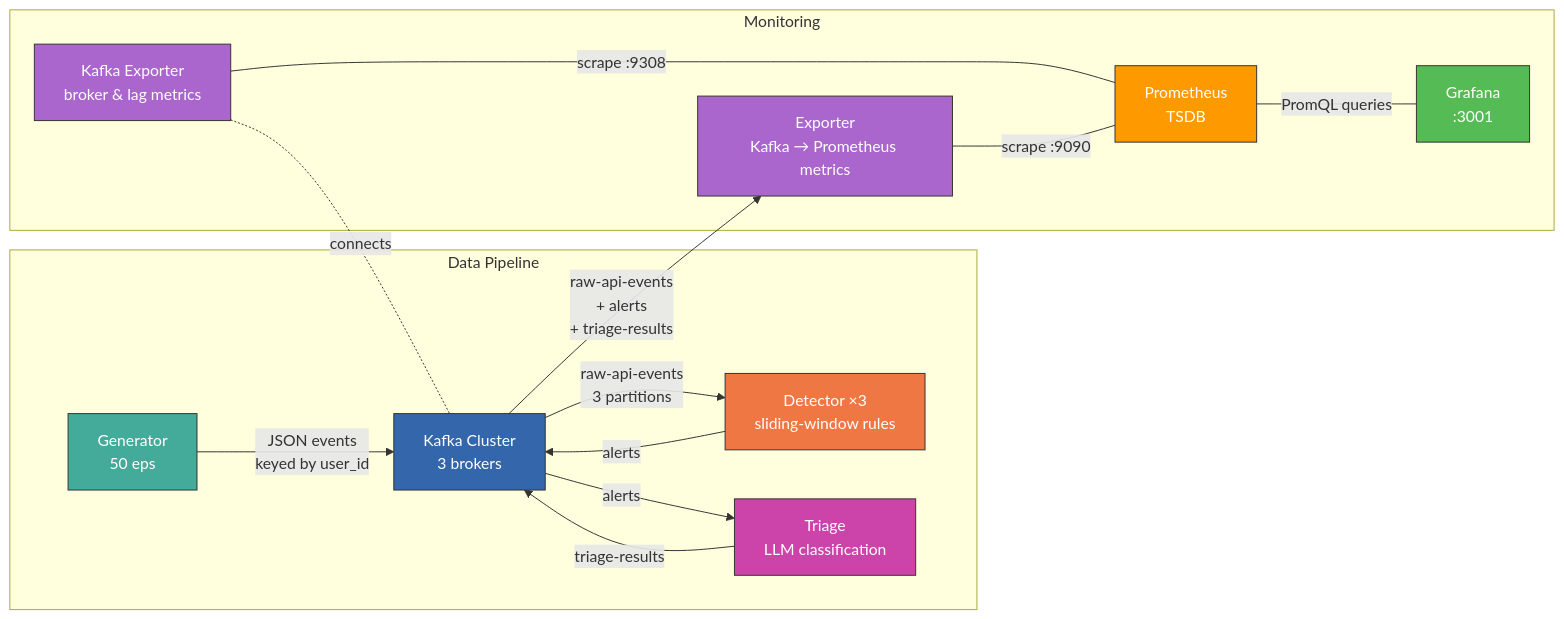
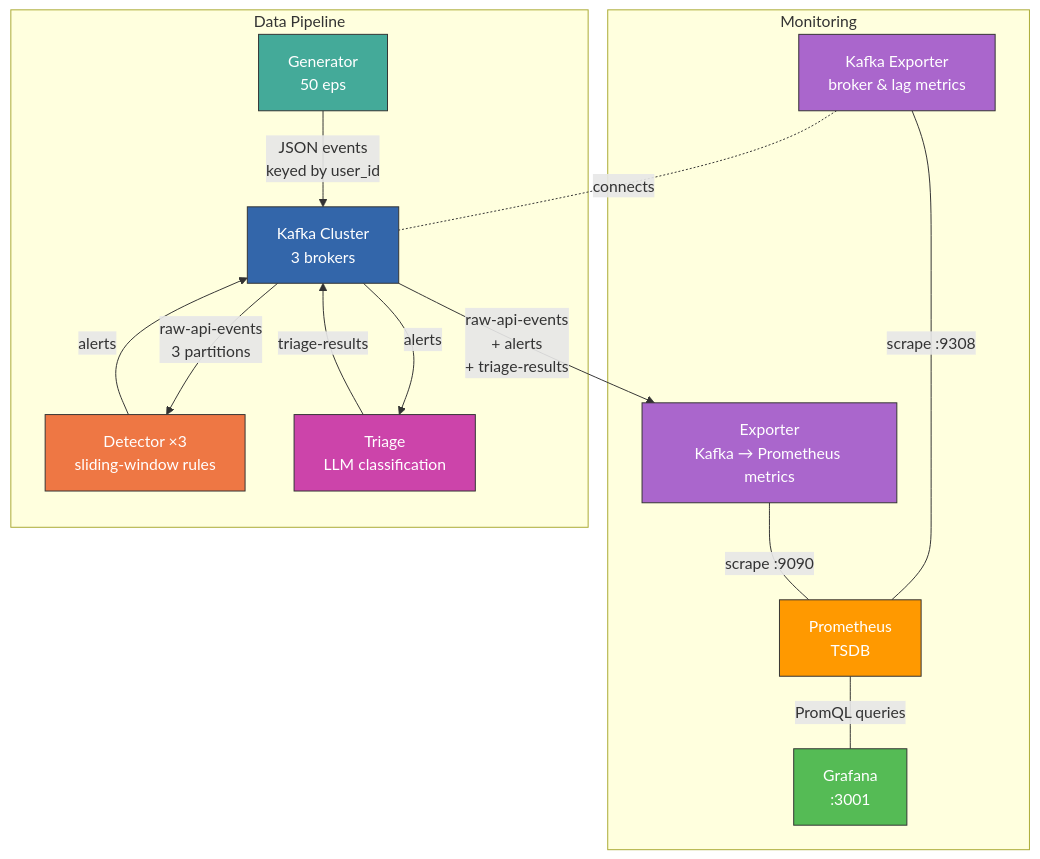
One commit to khan5v/dr_platform changed the diagram in README.md. Above: the diagram before and after it, drawn with Mermaid. The commit also changed other lines of this file, not shown here.

````diff
--- a/README.md
+++ b/README.md
@@ -9,28 +44,29 @@
 ```mermaid
-flowchart LR
+flowchart TD
+    subgraph Monitoring
+        E["Exporter<br>Kafka → Prometheus metrics"]
+        KE["Kafka Exporter<br>broker & lag metrics"] ---|scrape :9308| P["Prometheus<br>TSDB"]
+        E ---|scrape :9090| P
+        P ---|PromQL queries| GF["Grafana<br>:3001"]
+    end
+
     subgraph Data Pipeline
         G["Generator<br>50 eps"] -->|JSON events<br>keyed by user_id| K["Kafka Cluster<br>3 brokers"]
         K -->|raw-api-events<br>3 partitions| D["Detector ×3<br>sliding-window rules"]
         D -->|alerts| K
         K -->|alerts| T["Triage<br>LLM classification"]
         T -->|triage-results| K
     end
 
-    subgraph Monitoring
-        K -->|raw-api-events<br>+ alerts<br>+ triage-results| E["Exporter<br>Kafka → Prometheus metrics"]
-        KE["Kafka Exporter<br>broker & lag metrics"] ---|scrape :9308| P["Prometheus<br>TSDB"]
-        E ---|scrape :9090| P
-        P ---|PromQL queries| GF["Grafana<br>:3001"]
-    end
-
+    K -->|raw-api-events<br>+ alerts<br>+ triage-results| E
     KE -.-|connects| K
 
     style G fill:#4a9,stroke:#333,color:#fff
     style D fill:#e74,stroke:#333,color:#fff
     style K fill:#36a,stroke:#333,color:#fff
     style T fill:#c4a,stroke:#333,color:#fff
     style E fill:#a6c,stroke:#333,color:#fff
     style P fill:#f90,stroke:#333,color:#fff
     style GF fill:#5b5,stroke:#333,color:#fff
     style KE fill:#a6c,stroke:#333,color:#fff
 ```
````
